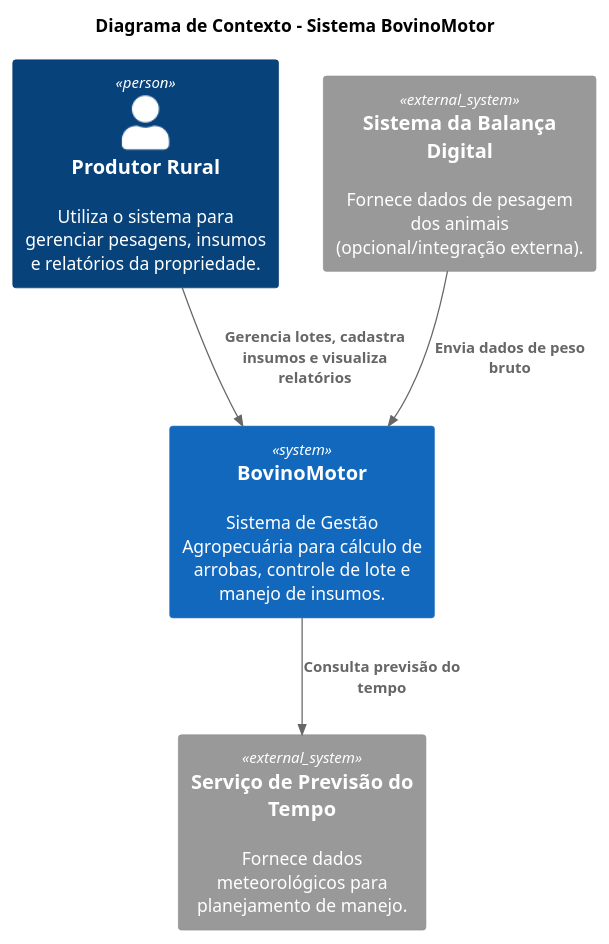
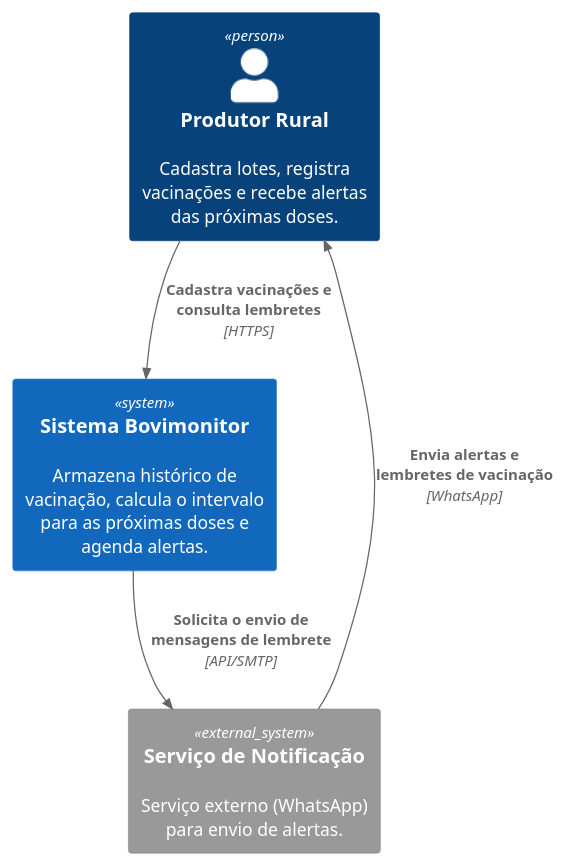
One commit to Jhonvts/project_bovimonitor changed the diagram in contexto.puml. Above: the diagram before and after it, drawn with PlantUML.

Commit message:
Update contexto.puml
retificação do contexto

```diff
--- a/contexto.puml
+++ b/contexto.puml
@@ -1,16 +1,11 @@
-@startuml contexto
+@startuml
 !include https://raw.githubusercontent.com/plantuml-stdlib/C4-PlantUML/master/C4_Context.puml
 
-TITLE Diagrama de Contexto - Sistema BovinoMotor
+Person(produtor, "Produtor Rural", "Cadastra lotes, registra vacinações e recebe alertas das próximas doses.")
+System(sistema, "Sistema Bovimonitor", "Armazena histórico de vacinação, calcula o intervalo para as próximas doses e agenda alertas.")
+System_Ext(notificacao, "Serviço de Notificação", "Serviço externo (WhatsApp) para envio de alertas.")
 
-Person(produtor, "Produtor Rural", "Utiliza o sistema para gerenciar pesagens, insumos e relatórios da propriedade.")
-System(bovinomotor, "BovinoMotor", "Sistema de Gestão Agropecuária para cálculo de arrobas, controle de lote e manejo de insumos.")
-
-System_Ext(balanca, "Sistema da Balança Digital", "Fornece dados de pesagem dos animais (opcional/integração externa).")
-System_Ext(clima, "Serviço de Previsão do Tempo", "Fornece dados meteorológicos para planejamento de manejo.")
-
-Rel(produtor, bovinomotor, "Gerencia lotes, cadastra insumos e visualiza relatórios")
-Rel(balanca, bovinomotor, "Envia dados de peso bruto")
-Rel(bovinomotor, clima, "Consulta previsão do tempo")
-
+Rel(produtor, sistema, "Cadastra vacinações e consulta lembretes", "HTTPS")
+Rel(sistema, notificacao, "Solicita o envio de mensagens de lembrete", "API/SMTP")
+Rel(notificacao, produtor, "Envia alertas e lembretes de vacinação", "WhatsApp")
 @enduml
```
